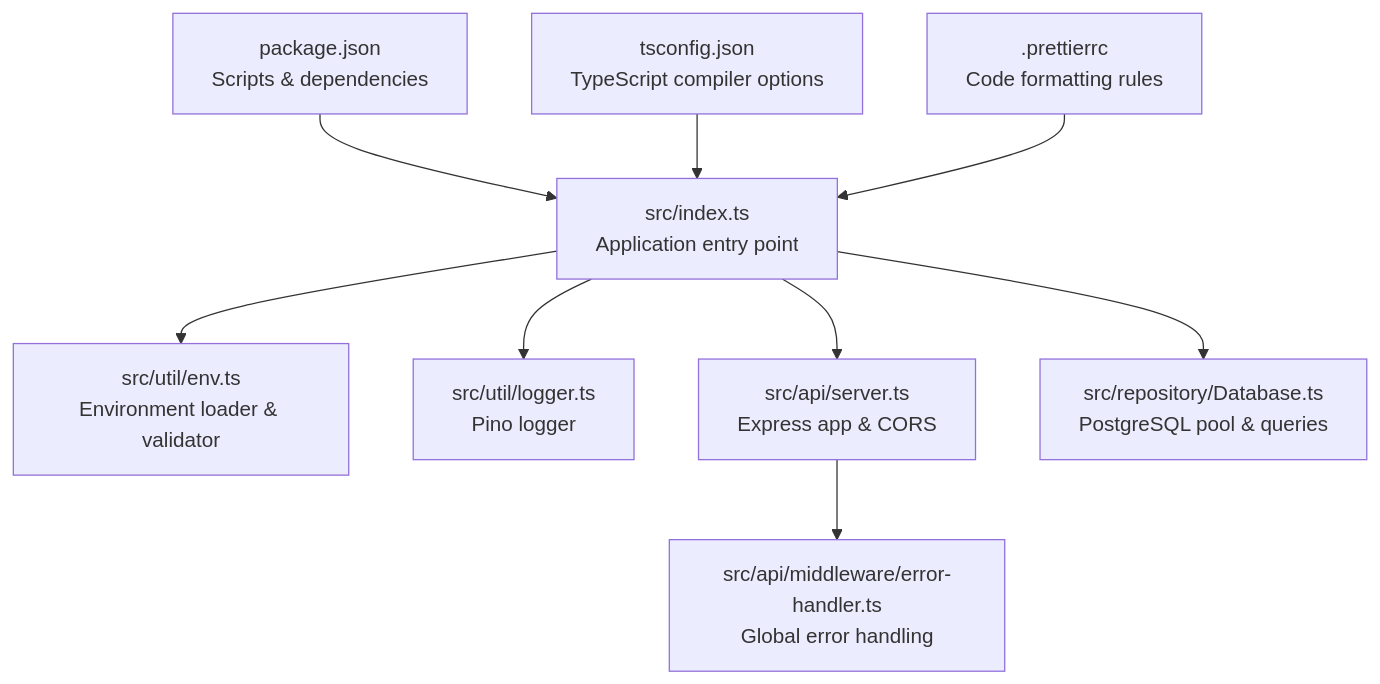
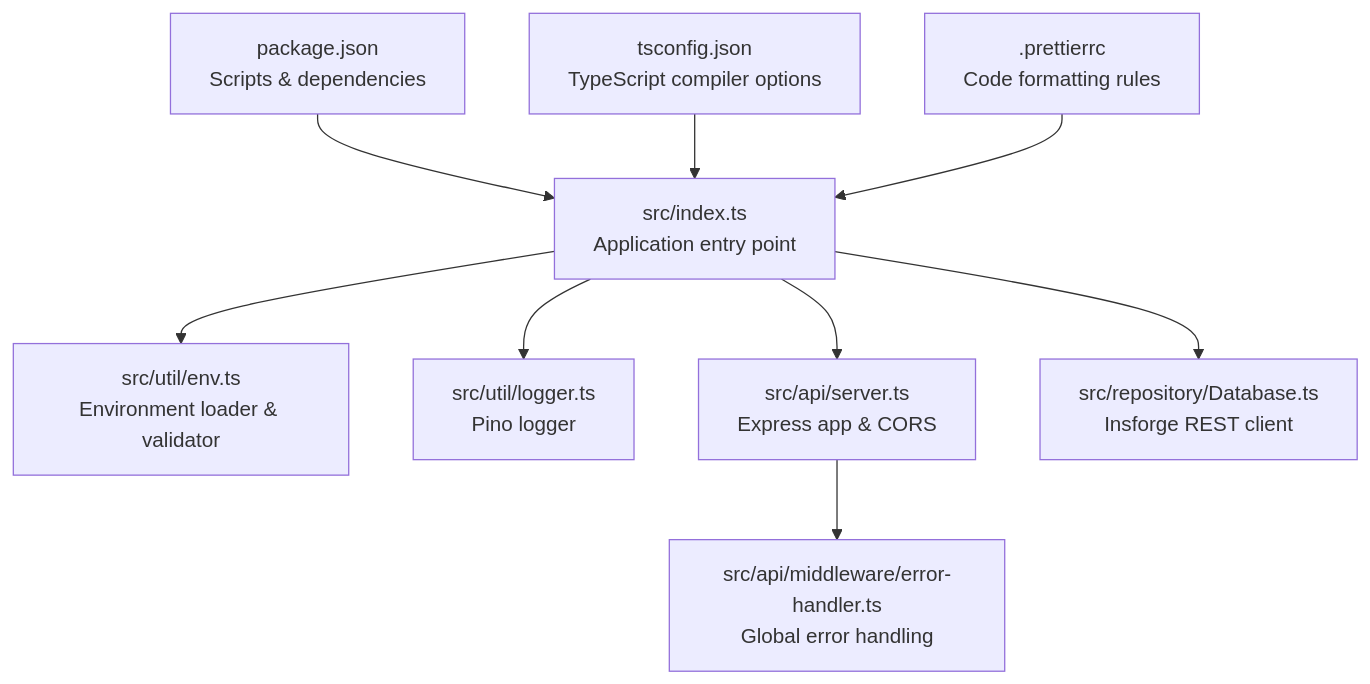
The first of 7 diagrams in .qoder/repowiki/en/content/Configuration & Environment.md (vishnusaibhosekar/ares), drawn with Mermaid before and after one commit. The commit also changed other lines of this file and 10 other files, not shown here.

````diff
--- a/.qoder/repowiki/en/content/Configuration & Environment.md
+++ b/.qoder/repowiki/en/content/Configuration & Environment.md
@@ -40,11 +48,11 @@
 ```mermaid
 graph TB
 A["src/index.ts<br/>Application entry point"] --> B["src/util/env.ts<br/>Environment loader & validator"]
 A --> C["src/util/logger.ts<br/>Pino logger"]
 A --> D["src/api/server.ts<br/>Express app & CORS"]
-A --> E["src/repository/Database.ts<br/>PostgreSQL pool & queries"]
+A --> E["src/repository/Database.ts<br/>Insforge REST client"]
 D --> F["src/api/middleware/error-handler.ts<br/>Global error handling"]
 G["package.json<br/>Scripts & dependencies"] --> A
 H["tsconfig.json<br/>TypeScript compiler options"] --> A
 I[".prettierrc<br/>Code formatting rules"] --> A
 ```
````
